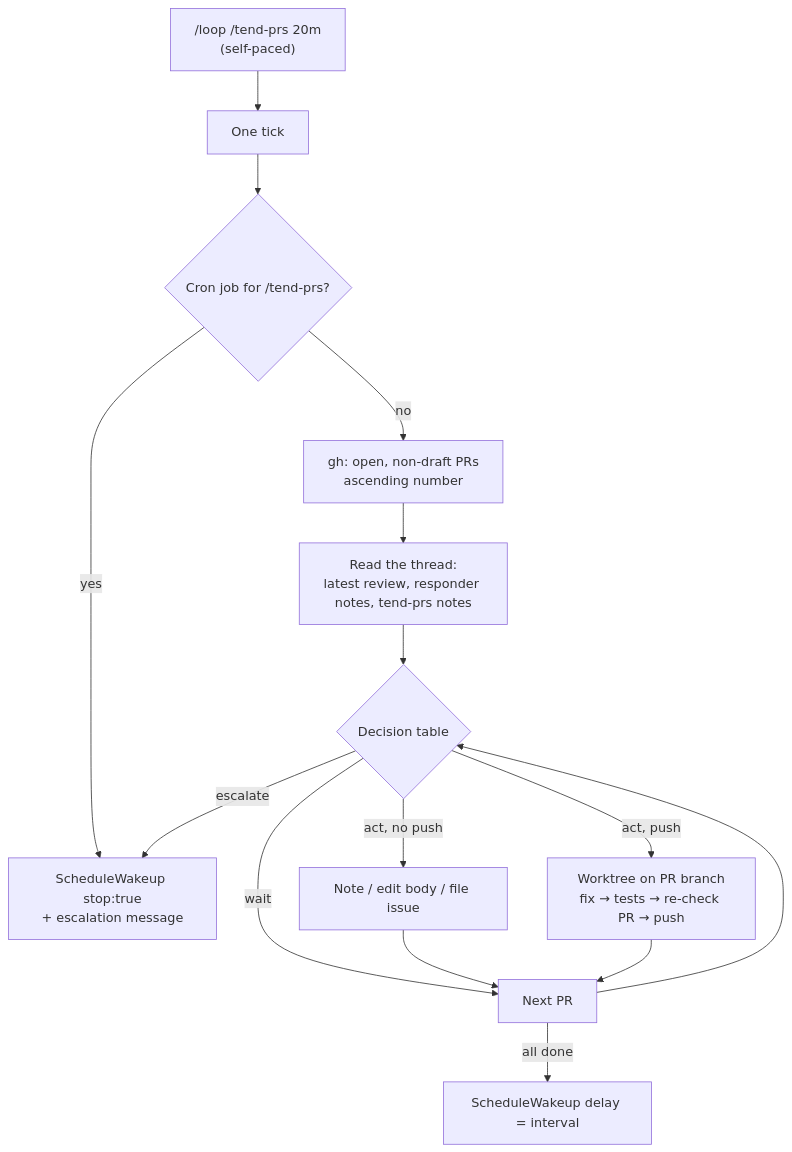
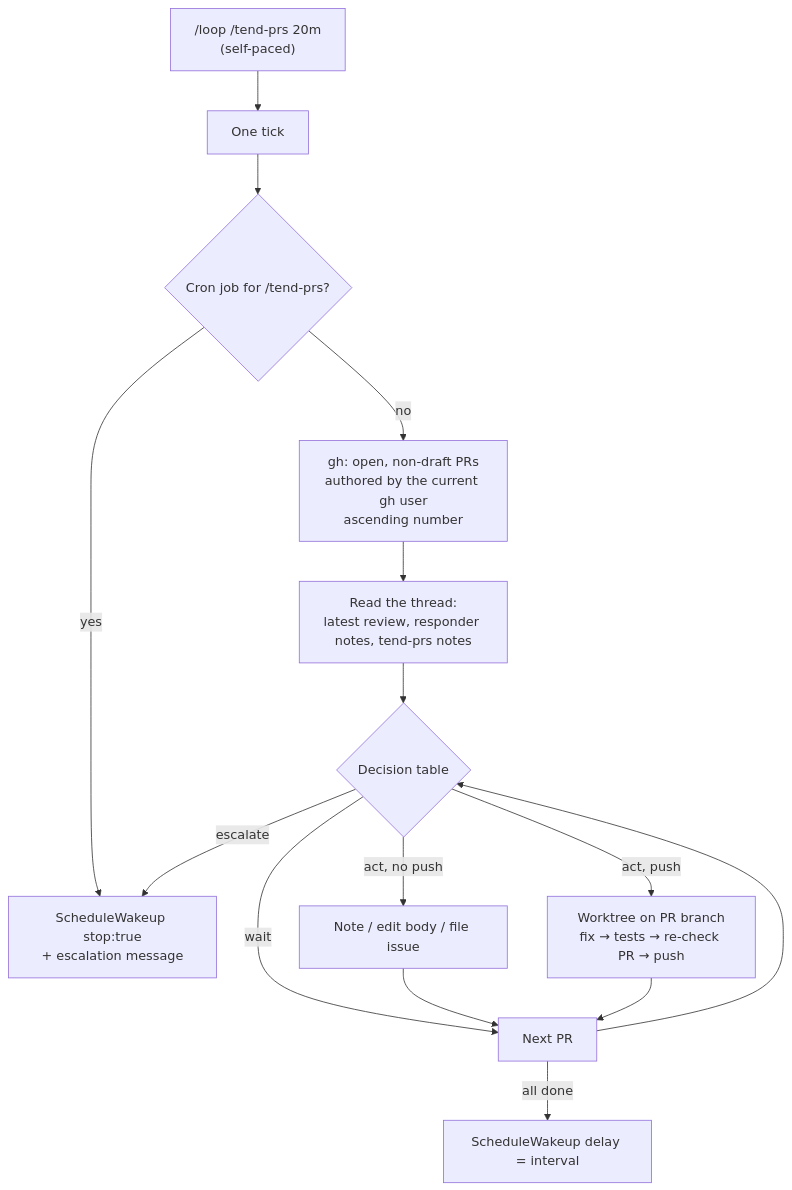
The diagram in specs/tend-prs.md (eladrianovalle/TheStudio), drawn with Mermaid before and after one commit. The commit also changed other lines of this file, not shown here.

First line of the commit message:
spec(tend-prs): only tend PRs authored by the current gh user

````diff
--- a/specs/tend-prs.md
+++ b/specs/tend-prs.md
@@ -49,17 +49,17 @@
 ```mermaid
 flowchart TD
     Loop["/loop /tend-prs 20m<br/>(self-paced)"] --> Tick[One tick]
     Tick --> Guard{Cron job for /tend-prs?}
     Guard -- yes --> Stop
-    Guard -- no --> List[gh: open, non-draft PRs<br/>ascending number]
+    Guard -- no --> List[gh: open, non-draft PRs<br/>authored by the current gh user<br/>ascending number]
     List --> Read[Read the thread:<br/>latest review, responder notes, tend-prs notes]
     Read --> Table{Decision table}
     Table -- wait --> Next[Next PR]
     Table -- act, no push --> Comment[Note / edit body / file issue]
     Table -- act, push --> WT[Worktree on PR branch<br/>fix → tests → re-check PR → push]
     Table -- escalate --> Stop[ScheduleWakeup stop:true<br/>+ escalation message]
     Comment --> Next
     WT --> Next
     Next --> Table
     Next -- all done --> Resched[ScheduleWakeup delay = interval]
 ```
````
